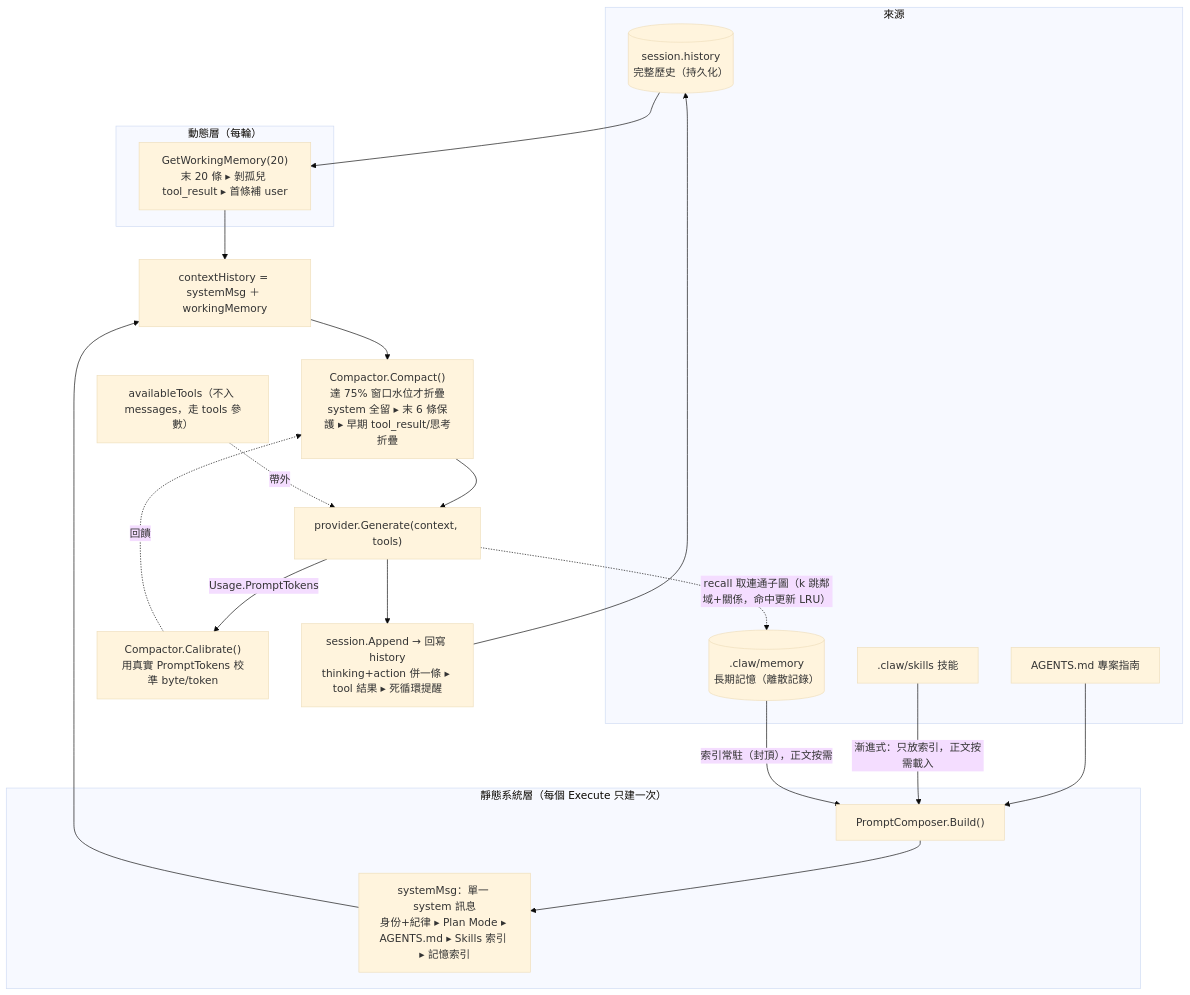
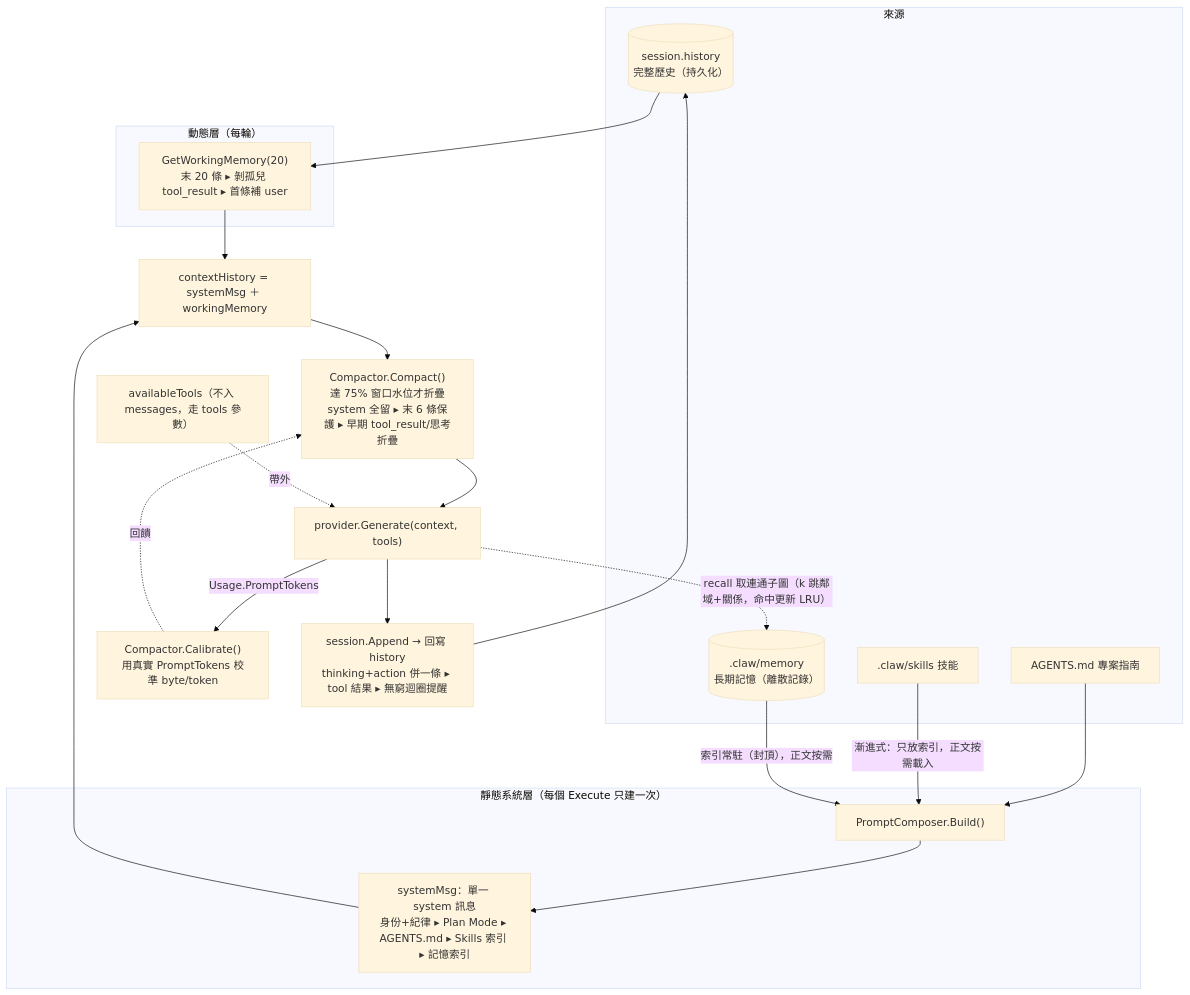
Before and after one commit to SIMPLYBOYS/cogito-agent: the second of 2 diagrams in README.md, drawn with Mermaid (base theme). The commit also changed other lines of this file, not shown here.

````diff
--- a/README.md
+++ b/README.md
@@ -125,41 +125,41 @@
 ```mermaid
 flowchart TB
   subgraph SRC["來源"]
     HIST[("session.history<br/>完整歷史（持久化）")]
     AGENTS["AGENTS.md 專案指南"]
     SKILLS[".claw/skills 技能"]
     MEM[(".claw/memory<br/>長期記憶（離散記錄）")]
   end
 
   subgraph STATIC["靜態系統層（每個 Execute 只建一次）"]
     COMPOSER["PromptComposer.Build()"]
     SYS["systemMsg：單一 system 訊息<br/>身份+紀律 ▸ Plan Mode ▸ AGENTS.md ▸ Skills 索引 ▸ 記憶索引"]
   end
 
   subgraph DYN["動態層（每輪）"]
     WIN["GetWorkingMemory(20)<br/>末 20 條 ▸ 剝孤兒 tool_result ▸ 首條補 user"]
   end
 
   ASSEMBLE["contextHistory = systemMsg ＋ workingMemory"]
   COMPACT["Compactor.Compact()<br/>達 75% 窗口水位才折疊<br/>system 全留 ▸ 末 6 條保護 ▸ 早期 tool_result/思考折疊"]
   TOOLS["availableTools（不入 messages，走 tools 參數）"]
   LLM["provider.Generate(context, tools)"]
   CAL["Compactor.Calibrate()<br/>用真實 PromptTokens 校準 byte/token"]
-  WB["session.Append → 回寫 history<br/>thinking+action 併一條 ▸ tool 結果 ▸ 死循環提醒"]
+  WB["session.Append → 回寫 history<br/>thinking+action 併一條 ▸ tool 結果 ▸ 無窮迴圈提醒"]
 
   AGENTS --> COMPOSER
   SKILLS -->|漸進式：只放索引，正文按需載入| COMPOSER
   MEM -->|索引常駐（封頂），正文按需| COMPOSER
   COMPOSER --> SYS
   HIST --> WIN
   SYS --> ASSEMBLE
   WIN --> ASSEMBLE
   ASSEMBLE --> COMPACT
   COMPACT --> LLM
   TOOLS -.帶外.-> LLM
   LLM -->|Usage.PromptTokens| CAL
   CAL -.回饋.-> COMPACT
   LLM --> WB
   WB --> HIST
   LLM -.recall 取連通子圖（k 跳鄰域+關係，命中更新 LRU）.-> MEM
 ```
````
